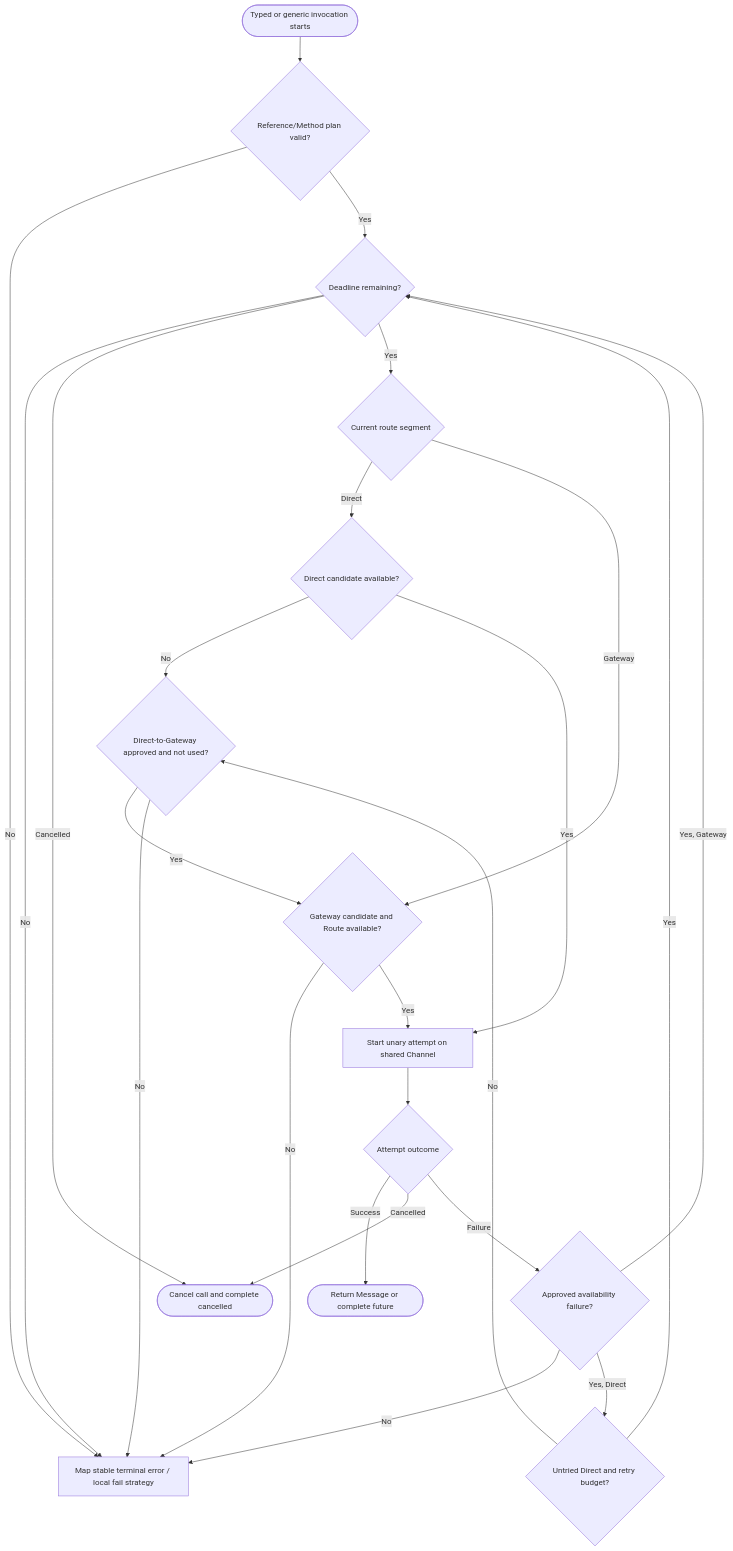
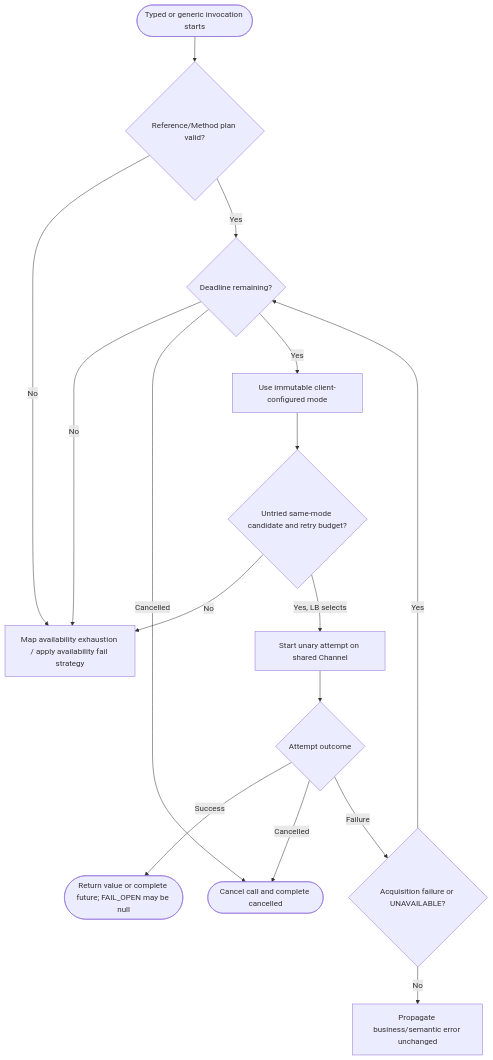
The third of 4 diagrams in docs/egon/spec/2026-08-19-15-36-rpc-runtime-governance-evolution.md (AllenDEricDAlexander/Egon-COLA), drawn with Mermaid before and after one commit. The commit also changed other lines of this file, not shown here.

````diff
--- a/docs/egon/spec/2026-08-19-15-36-rpc-runtime-governance-evolution.md
+++ b/docs/egon/spec/2026-08-19-15-36-rpc-runtime-governance-evolution.md
@@ -420,41 +444,31 @@
 ```mermaid
 flowchart TD
     Start(["Typed or generic invocation starts"])
     Plan{"Reference/Method plan valid?"}
     Deadline{"Deadline remaining?"}
-    Route{"Current route segment"}
-    DirectSelect{"Direct candidate available?"}
-    GatewaySelect{"Gateway candidate and Route available?"}
+    Mode["Use immutable client-configured mode"]
+    Select{"Untried same-mode candidate and retry budget?"}
     Call["Start unary attempt on shared Channel"]
     Result{"Attempt outcome"}
-    Retryable{"Approved availability failure?"}
-    DirectRetries{"Untried Direct and retry budget?"}
-    Switch{"Direct-to-Gateway approved and not used?"}
-    Terminal["Map stable terminal error / local fail strategy"]
-    Success(["Return Message or complete future"])
+    Retryable{"Acquisition failure or UNAVAILABLE?"}
+    Business["Propagate business/semantic error unchanged"]
+    Terminal["Map availability exhaustion / apply availability fail strategy"]
+    Success(["Return value or complete future; FAIL_OPEN may be null"])
     Cancel(["Cancel call and complete cancelled"])
 
     Start --> Plan
     Plan -->|"No"| Terminal
     Plan -->|"Yes"| Deadline
     Deadline -->|"No"| Terminal
     Deadline -->|"Cancelled"| Cancel
-    Deadline -->|"Yes"| Route
-    Route -->|"Direct"| DirectSelect
-    Route -->|"Gateway"| GatewaySelect
-    DirectSelect -->|"No"| Switch
-    DirectSelect -->|"Yes"| Call
-    GatewaySelect -->|"No"| Terminal
-    GatewaySelect -->|"Yes"| Call
+    Deadline -->|"Yes"| Mode
+    Mode --> Select
+    Select -->|"No"| Terminal
+    Select -->|"Yes, LB selects"| Call
     Call --> Result
     Result -->|"Success"| Success
     Result -->|"Cancelled"| Cancel
     Result -->|"Failure"| Retryable
-    Retryable -->|"No"| Terminal
-    Retryable -->|"Yes, Direct"| DirectRetries
-    Retryable -->|"Yes, Gateway"| Deadline
-    DirectRetries -->|"Yes"| Deadline
-    DirectRetries -->|"No"| Switch
-    Switch -->|"Yes"| GatewaySelect
-    Switch -->|"No"| Terminal
+    Retryable -->|"No"| Business
+    Retryable -->|"Yes"| Deadline
 ```
````
